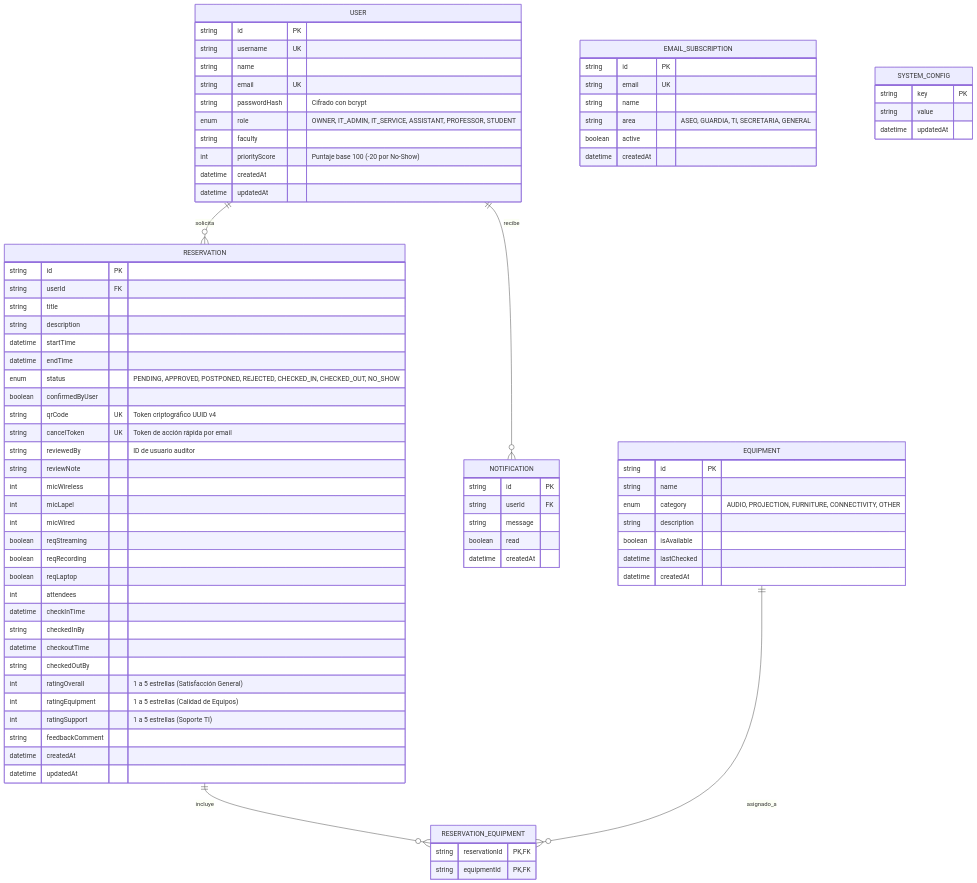
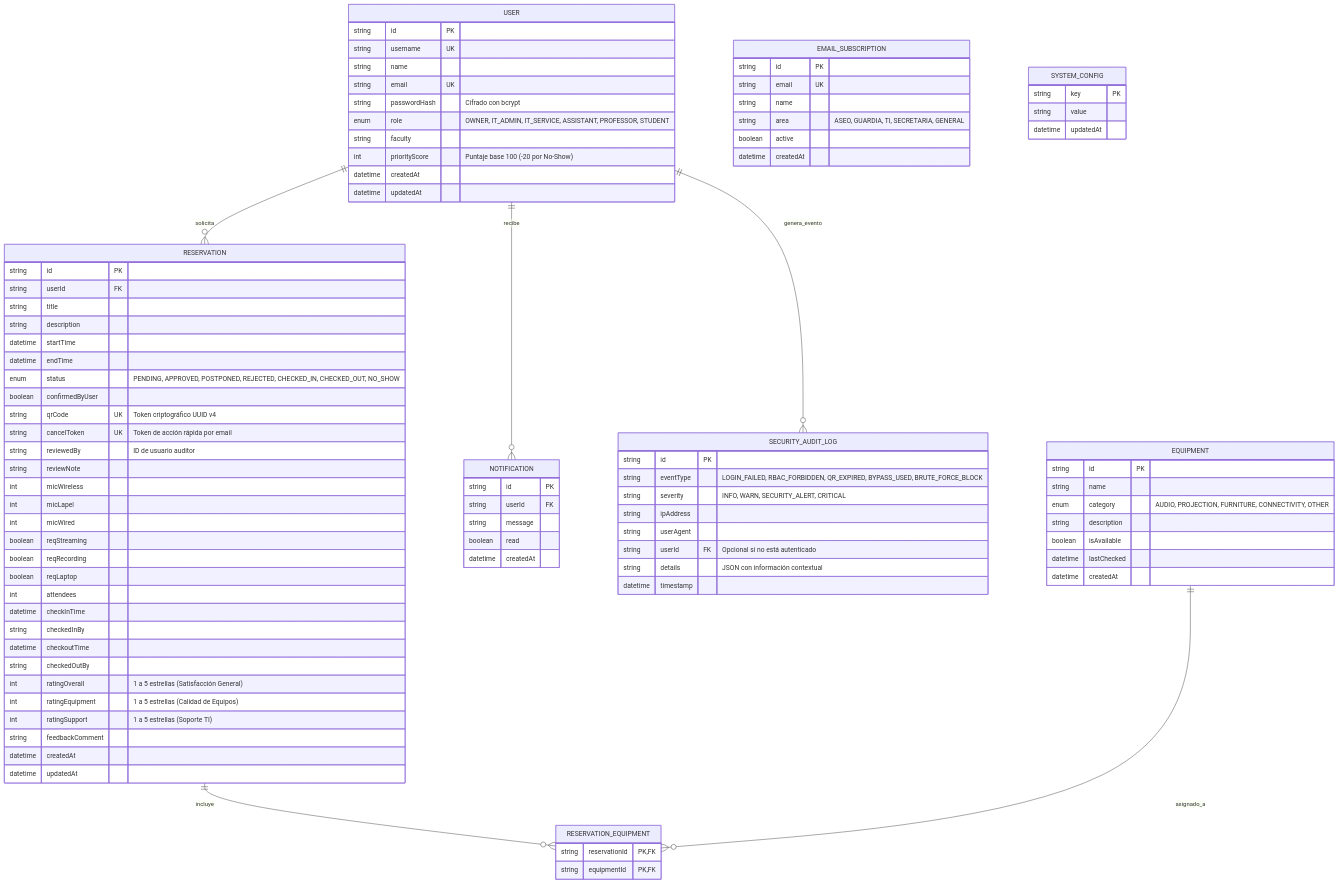
One commit to IMANDOI/sistema-gestion-auditorios-capstone changed diagram 11 of 12 in informe_fase_1_definicion_proyecto.md. Above: the diagram before and after it, drawn with Mermaid. The commit also changed other lines of this file, not shown here.

```diff
--- a/informe_fase_1_definicion_proyecto.md
+++ b/informe_fase_1_definicion_proyecto.md
@@ -456,6 +486,7 @@
 erDiagram
     USER ||--o{ RESERVATION : "solicita"
     USER ||--o{ NOTIFICATION : "recibe"
+    USER ||--o{ SECURITY_AUDIT_LOG : "genera_evento"
     RESERVATION ||--o{ RESERVATION_EQUIPMENT : "incluye"
     EQUIPMENT ||--o{ RESERVATION_EQUIPMENT : "asignado_a"
 
@@ -519,6 +550,17 @@
         string equipmentId PK, FK
     }
 
+    SECURITY_AUDIT_LOG {
+        string id PK
+        string eventType "LOGIN_FAILED, RBAC_FORBIDDEN, QR_EXPIRED, BYPASS_USED, BRUTE_FORCE_BLOCK"
+        string severity "INFO, WARN, SECURITY_ALERT, CRITICAL"
+        string ipAddress
+        string userAgent
+        string userId FK "Opcional si no está autenticado"
+        string details "JSON con información contextual"
+        datetime timestamp
+    }
+
     EMAIL_SUBSCRIPTION {
         string id PK
         string email UK
```
